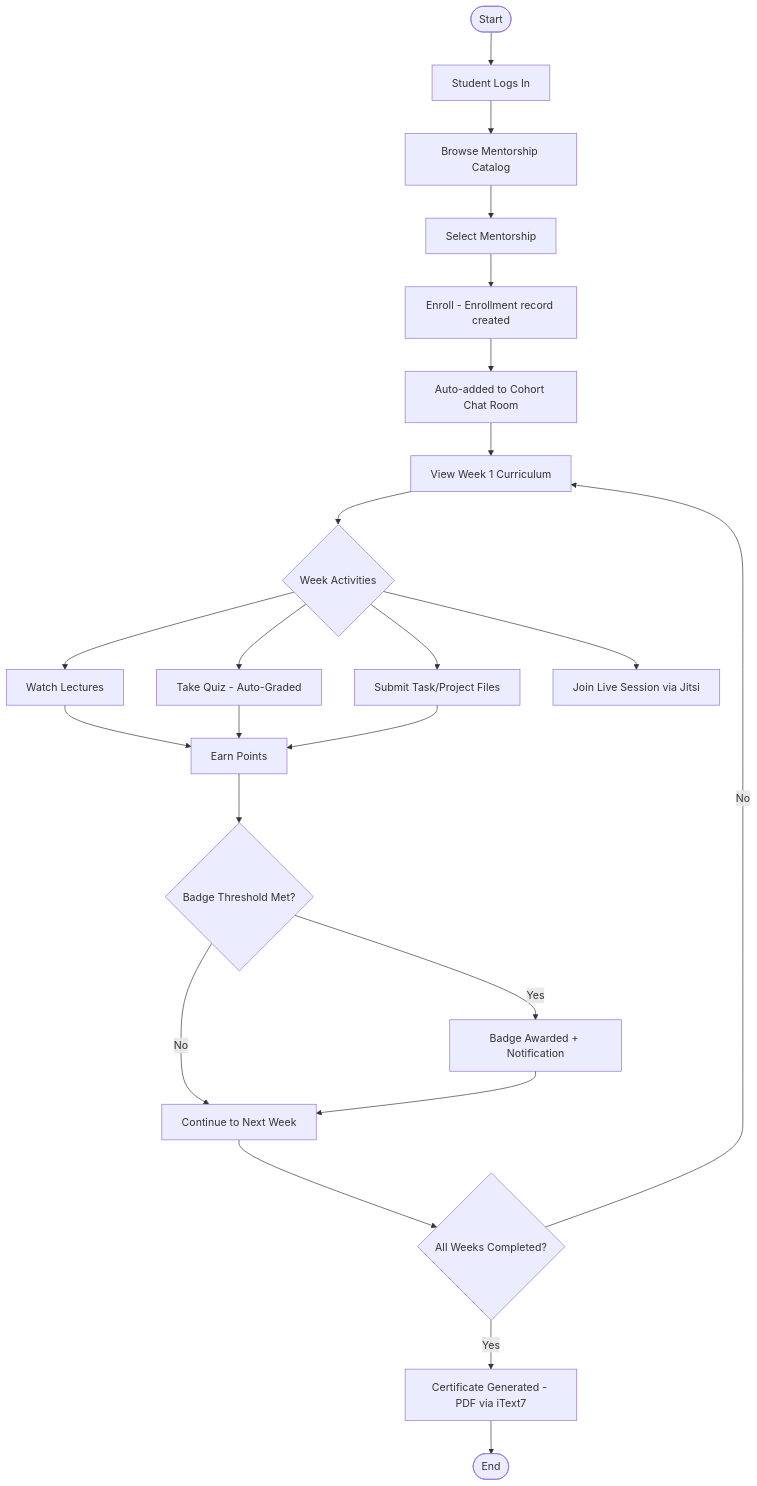
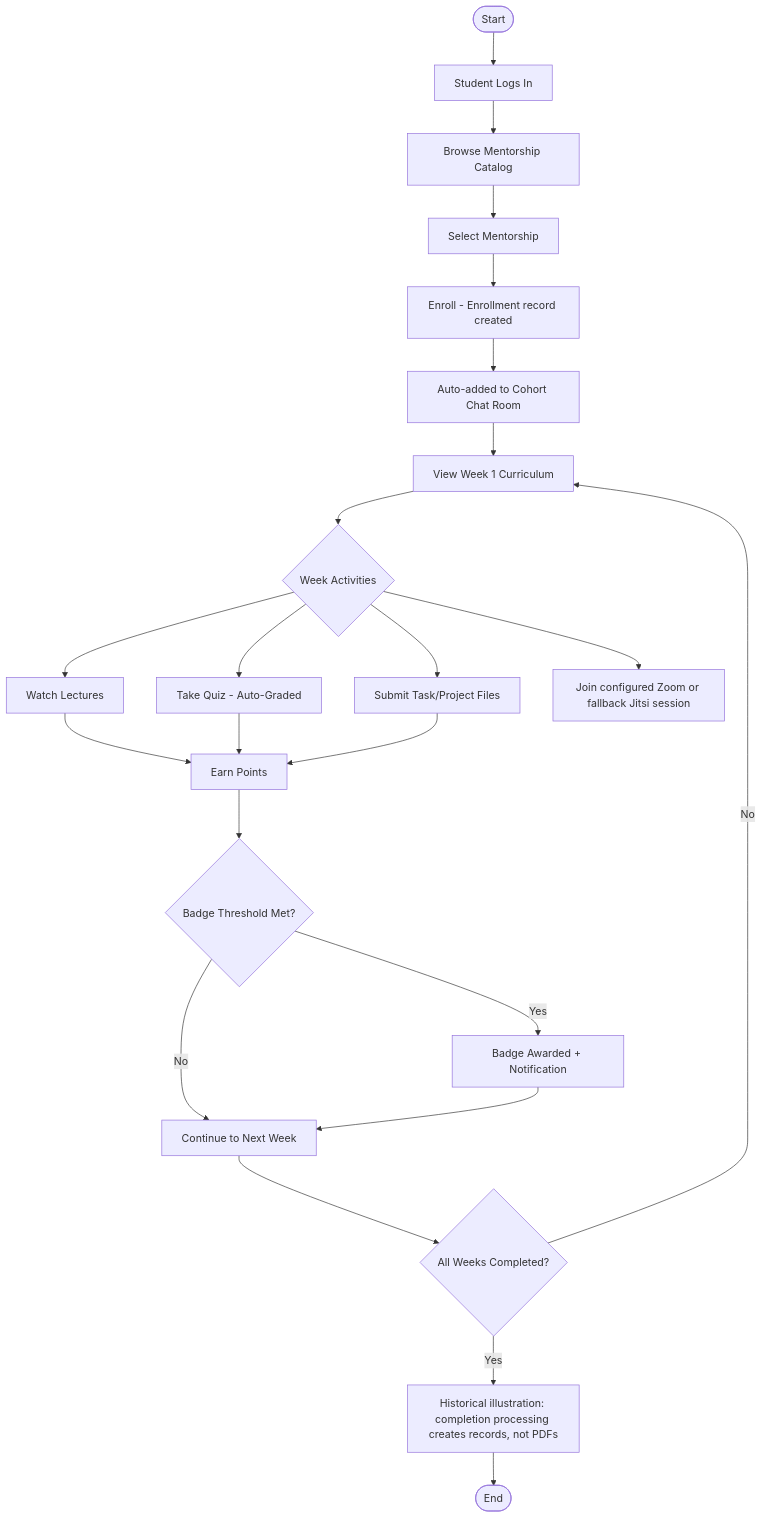
One commit to MooRaa86/EduNest changed the sixth of 11 diagrams in EduNest_Project_Documentation.md. Above: the diagram before and after it, drawn with Mermaid. The commit also changed other lines of this file and 7 other files, not shown here.

````diff
--- a/EduNest_Project_Documentation.md
+++ b/EduNest_Project_Documentation.md
@@ -500,25 +506,25 @@
 ```mermaid
 flowchart TD
     A([Start]) --> B[Student Logs In]
     B --> C[Browse Mentorship Catalog]
     C --> D[Select Mentorship]
     D --> E[Enroll - Enrollment record created]
     E --> F[Auto-added to Cohort Chat Room]
     F --> G[View Week 1 Curriculum]
     G --> H{Week Activities}
     H --> I[Watch Lectures]
     H --> J[Take Quiz - Auto-Graded]
     H --> K[Submit Task/Project Files]
-    H --> L[Join Live Session via Jitsi]
+    H --> L[Join configured Zoom or fallback Jitsi session]
     I --> M[Earn Points]
     J --> M
     K --> M
     M --> N{Badge Threshold Met?}
     N -- Yes --> O[Badge Awarded + Notification]
     N -- No --> P[Continue to Next Week]
     O --> P
     P --> Q{All Weeks Completed?}
     Q -- No --> G
-    Q -- Yes --> R[Certificate Generated - PDF via iText7]
+    Q -- Yes --> R["Historical illustration: completion processing creates records, not PDFs"]
     R --> S([End])
 ```
````
